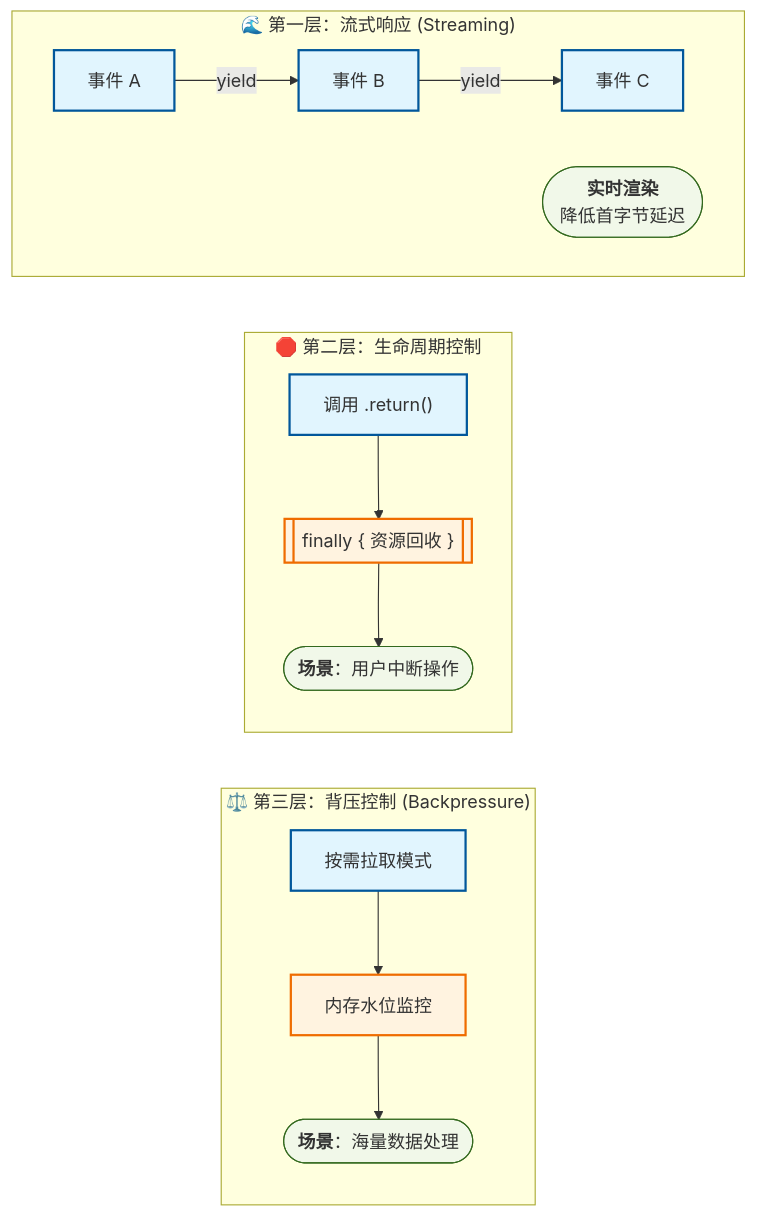
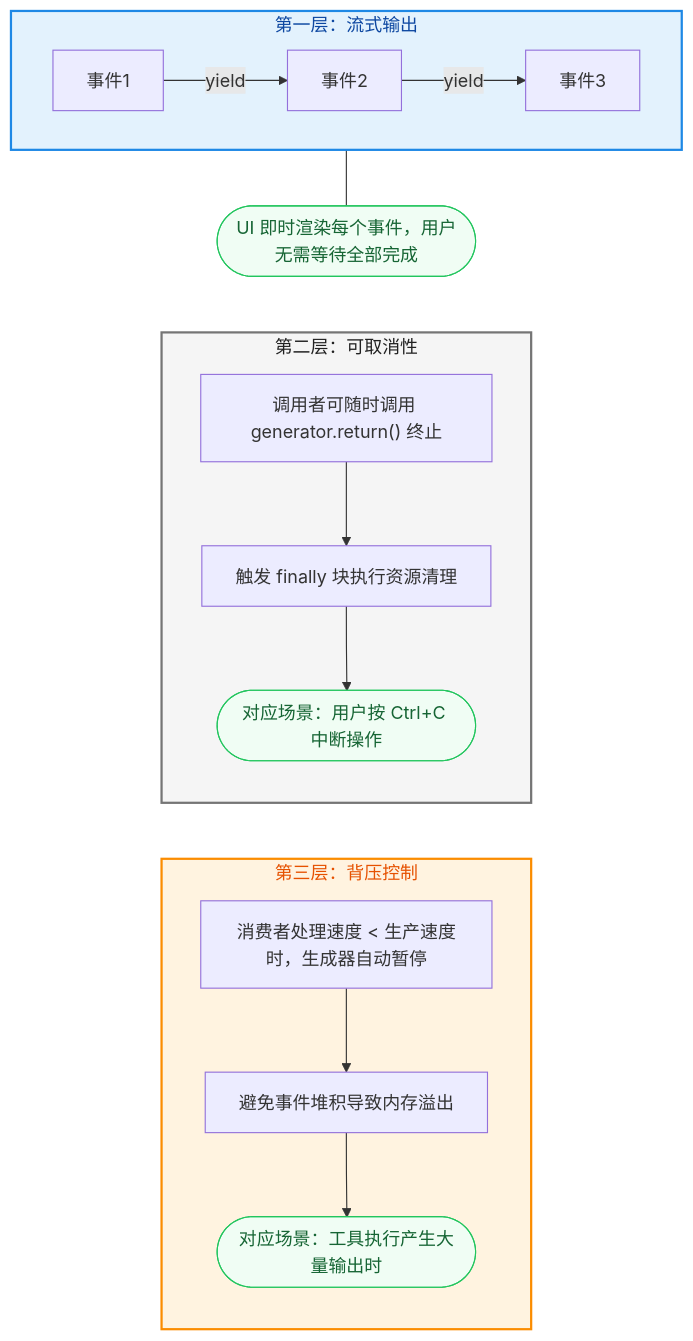
The diagram in agent/Agent Harness/2.对话循环.md (CoteNite/blog), drawn with Mermaid before and after one commit. The commit also changed other lines of this file, not shown here.

Commit message:
vault backup: 2026-04-27 20:50:53

````diff
--- a/agent/Agent Harness/2.对话循环.md
+++ b/agent/Agent Harness/2.对话循环.md
@@ -5,36 +5,40 @@
 ```mermaid
 flowchart TD
+    %% 全局样式定义
+    classDef layer1Style fill:#e3f2fd,stroke:#1e88e5,stroke-width:2px,color:#0d47a1
+    classDef layer2Style fill:#f5f5f5,stroke:#757575,stroke-width:2px,color:#212121
+    classDef layer3Style fill:#fff3e0,stroke:#fb8c00,stroke-width:2px,color:#e65100
+    classDef noteStyle fill:#f0fdf4,stroke:#22c55e,stroke-width:1px,color:#166534
+
     %% 第一层
-    subgraph layer1["🌊 第一层：流式响应 (Streaming)"]
+    subgraph layer1["第一层：流式输出"]
         direction LR
-        e1["事件 A"] -->|yield| e2["事件 B"] -->|yield| e3["事件 C"]
-        note1(["<b>实时渲染</b><br/>降低首字节延迟"])
+        e1["事件1"] -->|"yield"| e2["事件2"] -->|"yield"| e3["事件3"]
     end
+    note1(["UI 即时渲染每个事件，用户无需等待全部完成"])
 
     %% 第二层
-    subgraph layer2["🛑 第二层：生命周期控制"]
+    subgraph layer2["第二层：可取消性"]
         direction TB
-        cancel["调用 .return()"] --> clean[["finally { 资源回收 }"]]
-        clean --> scene2(["<b>场景</b>：用户中断操作"])
+        cancel["调用者可随时调用 generator.return() 终止"] --> clean["触发 finally 块执行资源清理"]
+        clean --> scene2(["对应场景：用户按 Ctrl+C 中断操作"])
     end
 
     %% 第三层
-    subgraph layer3["⚖️ 第三层：背压控制 (Backpressure)"]
+    subgraph layer3["第三层：背压控制"]
         direction TB
-        bp["按需拉取模式"] --> mem["内存水位监控"]
-        mem --> scene3(["<b>场景</b>：海量数据处理"])
+        bp["消费者处理速度 < 生产速度时，生成器自动暂停"] --> mem["避免事件堆积导致内存溢出"]
+        mem --> scene3(["对应场景：工具执行产生大量输出时"])
     end
 
-    %% 建立垂直堆叠关系
-    layer1 ~~~ layer2
+    %% 结构连接
+    layer1 --- note1
+    note1 ~~~ layer2
     layer2 ~~~ layer3
 
-    %% 样式修正
-    classDef primary fill:#e1f5fe,stroke:#01579b,stroke-width:2px
-    classDef secondary fill:#fff3e0,stroke:#ef6c00,stroke-width:2px
-    classDef accent fill:#f1f8e9,stroke:#33691e,stroke-width:1px
-    
-    class e1,e2,e3,cancel,bp primary
-    class clean,mem secondary
-    class note1,scene2,scene3 accent
+    %% 应用样式
+    class layer1 layer1Style
+    class layer2 layer2Style
+    class layer3 layer3Style
+    class note1,scene2,scene3 noteStyle
 ```
````
